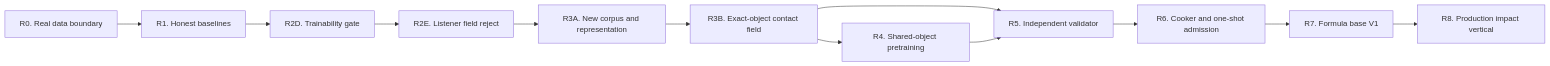
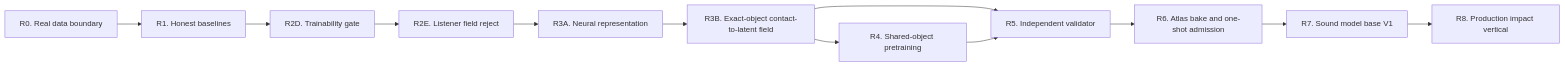
Before and after one commit to kaifaty/NextEngine: the diagram in docs/plans/physical-sound-synthesis-roadmap.md, drawn with Mermaid. The commit also changed other lines of this file and 5 other files, not shown here.

Commit message:
docs(sound): rebaseline roadmap to neural asset baking

````diff
--- a/docs/plans/physical-sound-synthesis-roadmap.md
+++ b/docs/plans/physical-sound-synthesis-roadmap.md
@@ -141,14 +168,14 @@
 ```mermaid
 flowchart LR
     R0["R0. Real data boundary"] --> R1["R1. Honest baselines"]
     R1 --> R2D["R2D. Trainability gate"]
     R2D --> R2E["R2E. Listener field reject"]
-    R2E --> R3A["R3A. New corpus and representation"]
-    R3A --> R3B["R3B. Exact-object contact field"]
+    R2E --> R3A["R3A. Neural representation"]
+    R3A --> R3B["R3B. Exact-object contact-to-latent field"]
     R3B --> R4["R4. Shared-object pretraining"]
     R3B --> R5["R5. Independent validator"]
     R4 --> R5
-    R5 --> R6["R6. Cooker and one-shot admission"]
-    R6 --> R7["R7. Formula base V1"]
+    R5 --> R6["R6. Atlas bake and one-shot admission"]
+    R6 --> R7["R7. Sound model base V1"]
     R7 --> R8["R8. Production impact vertical"]
 ```
````
